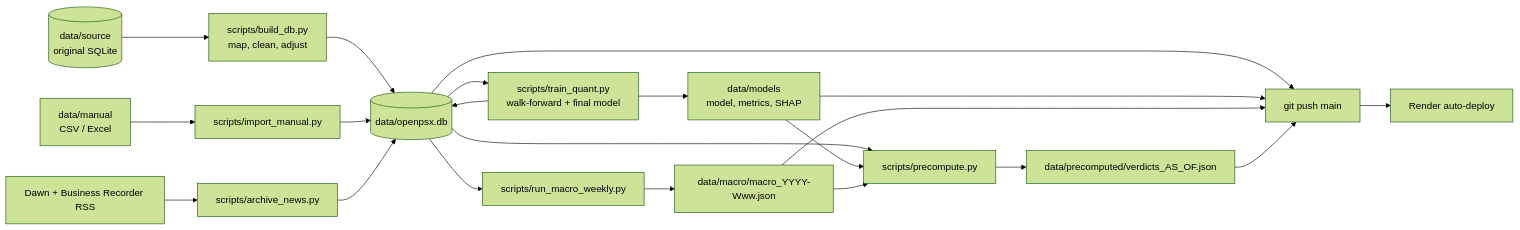
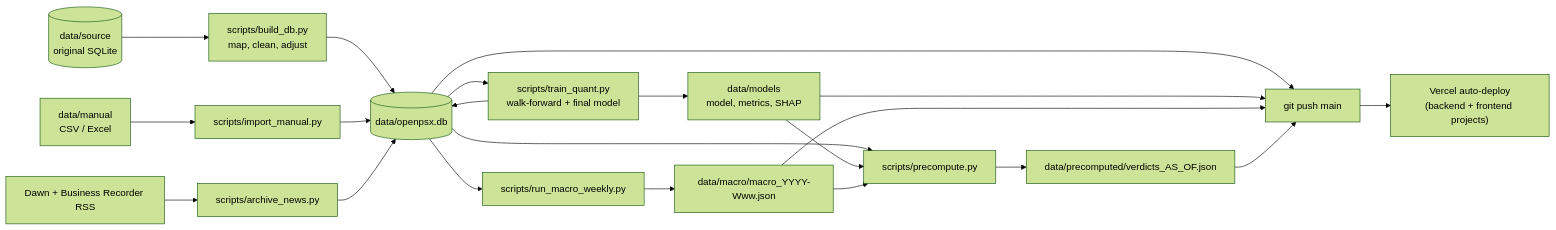
One commit to haiderhkhan/OpenPSX changed the fourth of 6 diagrams in docs/ARCHITECTURE.md. Above: the diagram before and after it, drawn with Mermaid (forest theme). The commit also changed other lines of this file and 13 other files, not shown here.

Commit message:
[P8-02] Vercel is the sole public deploy (D-71): fix Render claims; two-project checklist; voice off

````diff
--- a/docs/ARCHITECTURE.md
+++ b/docs/ARCHITECTURE.md
@@ -126,23 +126,23 @@
 ```mermaid
 flowchart LR
   src[("data/source<br/>original SQLite")] --> build["scripts/build_db.py<br/>map, clean, adjust"]
   man["data/manual<br/>CSV / Excel"] --> imp["scripts/import_manual.py"]
   rss["Dawn + Business Recorder RSS"] --> arch["scripts/archive_news.py"]
   build --> db[("data/openpsx.db")]
   imp --> db
   arch --> db
   db --> train["scripts/train_quant.py<br/>walk-forward + final model"]
   train --> models["data/models<br/>model, metrics, SHAP"]
   train --> db
   db --> mw["scripts/run_macro_weekly.py"]
   mw --> mj["data/macro/macro_YYYY-Www.json"]
   db --> pre["scripts/precompute.py"]
   models --> pre
   mj --> pre
   pre --> seed["data/precomputed/verdicts_AS_OF.json"]
   db --> git["git push main"]
   models --> git
   mj --> git
   seed --> git
-  git --> render["Render auto-deploy"]
+  git --> vercelapi["Vercel auto-deploy<br/>(backend + frontend projects)"]
 ```
````
